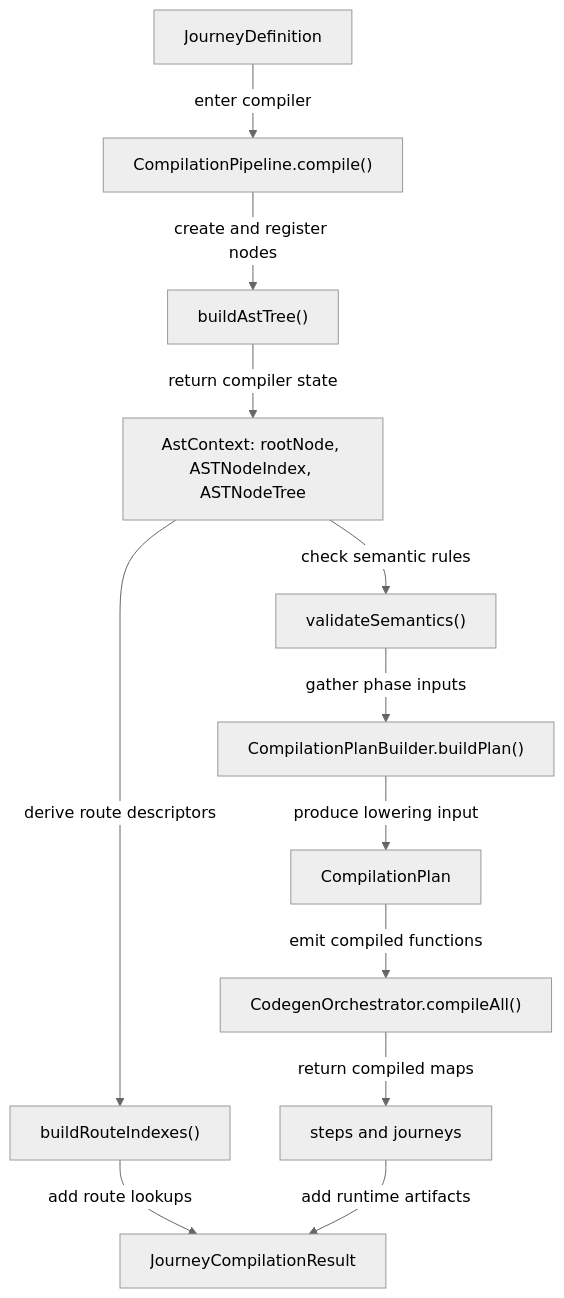
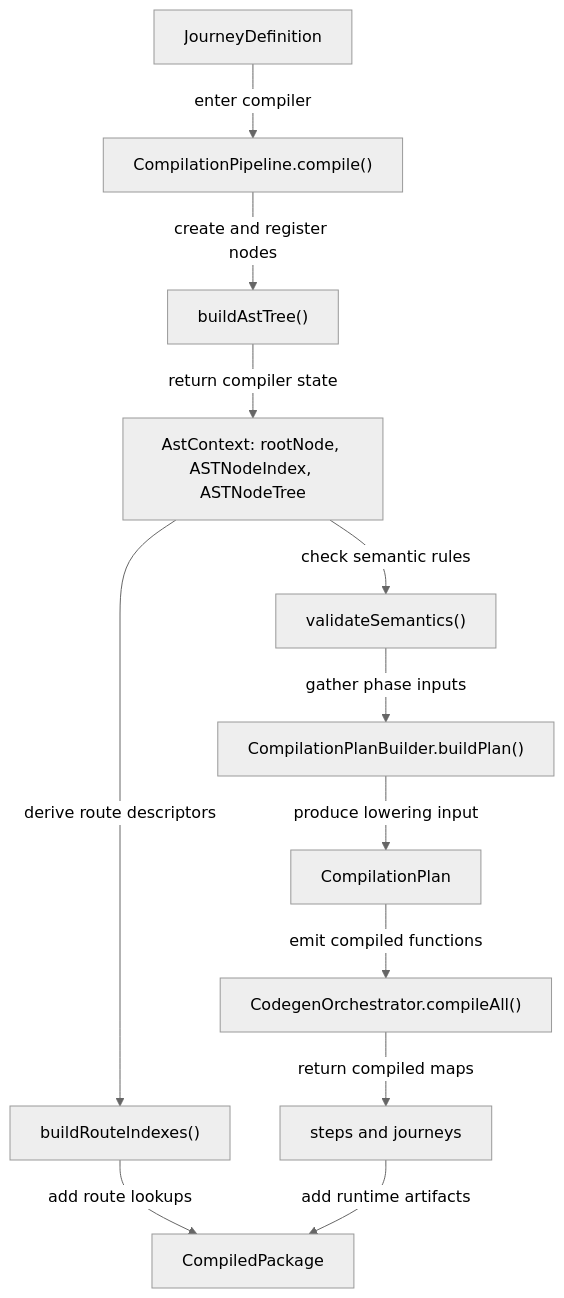
Before and after one commit to ministryofjustice/hmpps-forge: the first of 2 diagrams in packages/forge-core/src/engine/compilation/README.md, drawn with Mermaid (neutral theme). The commit also changed other lines of this file and 62 other files, not shown here.

````diff
--- a/packages/forge-core/src/engine/compilation/README.md
+++ b/packages/forge-core/src/engine/compilation/README.md
@@ -78,14 +78,14 @@
 ```mermaid
 flowchart TD
   journeyDefinition["JourneyDefinition"] -->|enter compiler| pipeline["CompilationPipeline.compile()"]
   pipeline -->|create and register nodes| ast["buildAstTree()"]
   ast -->|return compiler state| astContext["AstContext: rootNode, ASTNodeIndex, ASTNodeTree"]
   astContext -->|check semantic rules| semantics["validateSemantics()"]
   semantics -->|gather phase inputs| dependency["CompilationPlanBuilder.buildPlan()"]
   dependency -->|produce lowering input| plan["CompilationPlan"]
   plan -->|emit compiled functions| lowering["CodegenOrchestrator.compileAll()"]
   lowering -->|return compiled maps| compiledMaps["steps and journeys"]
   astContext -->|derive route descriptors| routes["buildRouteIndexes()"]
-  routes -->|add route lookups| result["JourneyCompilationResult"]
+  routes -->|add route lookups| result["CompiledPackage"]
   compiledMaps -->|add runtime artifacts| result
 ```
````
